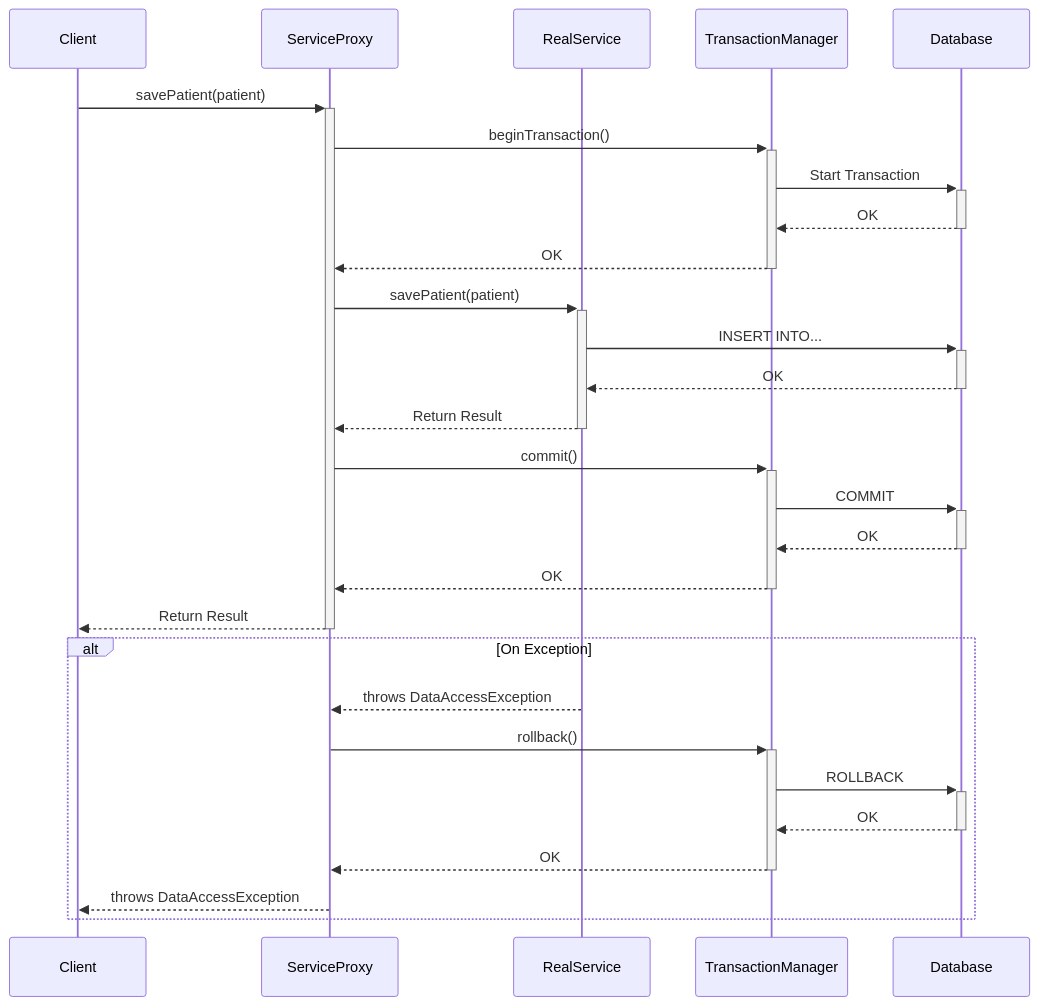
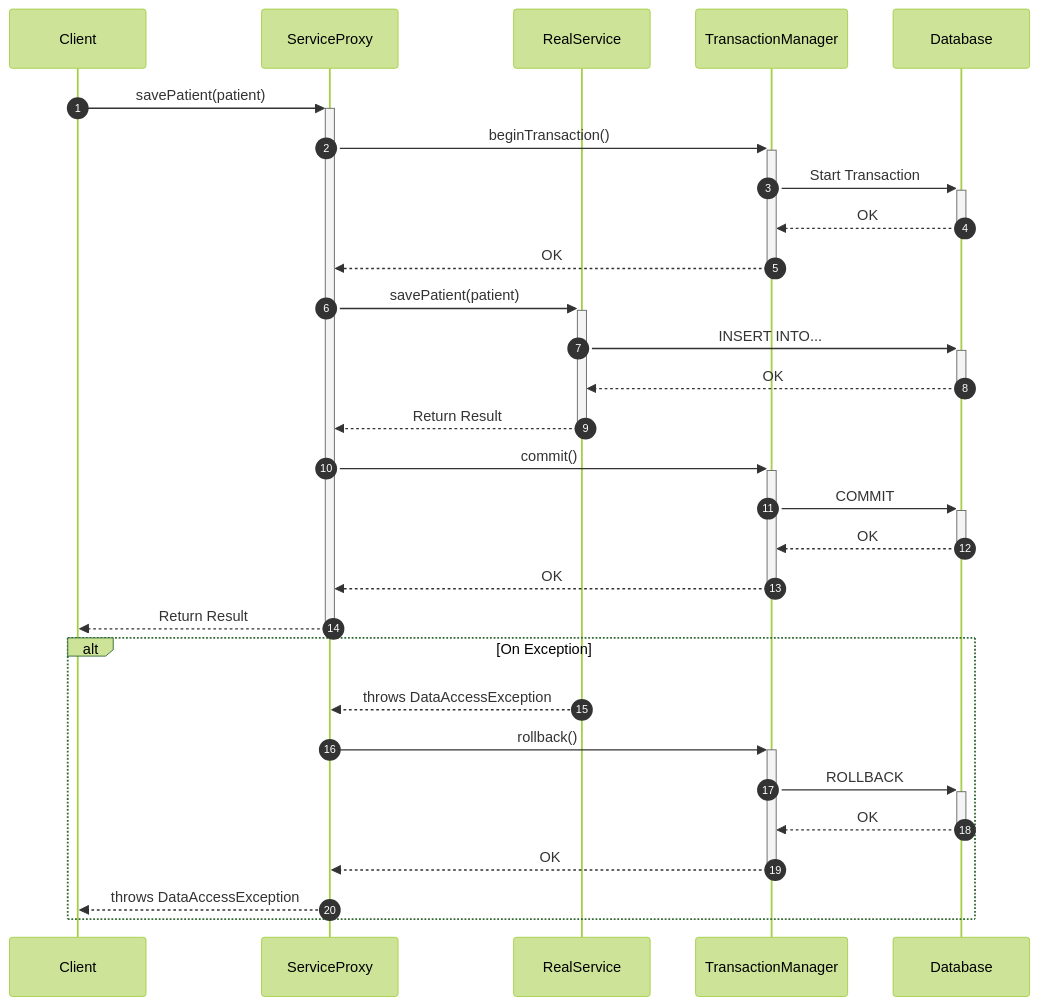
One commit to Ashjha75/MyDocs changed the fourth of 4 diagrams in src/content/docs/springboot/projectdocs/core3.md. Above: the diagram before and after it, drawn with Mermaid.

Commit message:
Refactor: Update sequence diagram for transaction management with improved formatting and autonumbering

````diff
--- a/src/content/docs/springboot/projectdocs/core3.md
+++ b/src/content/docs/springboot/projectdocs/core3.md
@@ -242,32 +242,36 @@
 ```mermaid
+---
+config:
+  theme: forest
+---
 sequenceDiagram
-    participant Client
-    participant Proxy as ServiceProxy
-    participant Target as RealService
-    participant TM as TransactionManager
-    participant DB as Database
+  participant Client as Client
+  participant Proxy as ServiceProxy
+  participant Target as RealService
+  participant TM as TransactionManager
+  participant DB as Database
+  autonumber
+  Client ->>+ Proxy: savePatient(patient)
+  Proxy ->>+ TM: beginTransaction()
+  TM ->>+ DB: Start Transaction
+  DB -->>- TM: OK
+  TM -->>- Proxy: OK
+  Proxy ->>+ Target: savePatient(patient)
+  Target ->>+ DB: INSERT INTO...
+  DB -->>- Target: OK
+  Target -->>- Proxy: Return Result
+  Proxy ->>+ TM: commit()
+  TM ->>+ DB: COMMIT
+  DB -->>- TM: OK
+  TM -->>- Proxy: OK
+  Proxy -->>- Client: Return Result
+  alt On Exception
+    Target -->> Proxy: throws DataAccessException
+    Proxy ->>+ TM: rollback()
+    TM ->>+ DB: ROLLBACK
+    DB -->>- TM: OK
+    TM -->>- Proxy: OK
+    Proxy -->> Client: throws DataAccessException
+  end
 
-    Client->>+Proxy: savePatient(patient)
-    Proxy->>+TM: beginTransaction()
-    TM->>+DB: Start Transaction
-    DB-->>-TM: OK
-    TM-->>-Proxy: OK
-    Proxy->>+Target: savePatient(patient)
-    Target->>+DB: INSERT INTO...
-    DB-->>-Target: OK
-    Target-->>-Proxy: Return Result
-    Proxy->>+TM: commit()
-    TM->>+DB: COMMIT
-    DB-->>-TM: OK
-    TM-->>-Proxy: OK
-    Proxy-->>-Client: Return Result
-
-    alt On Exception
-        Target-->>Proxy: throws DataAccessException
-        Proxy->>+TM: rollback()
-        TM->>+DB: ROLLBACK
-        DB-->>-TM: OK
-        TM-->>-Proxy: OK
-        Proxy-->>Client: throws DataAccessException
-    end
 ```
````
